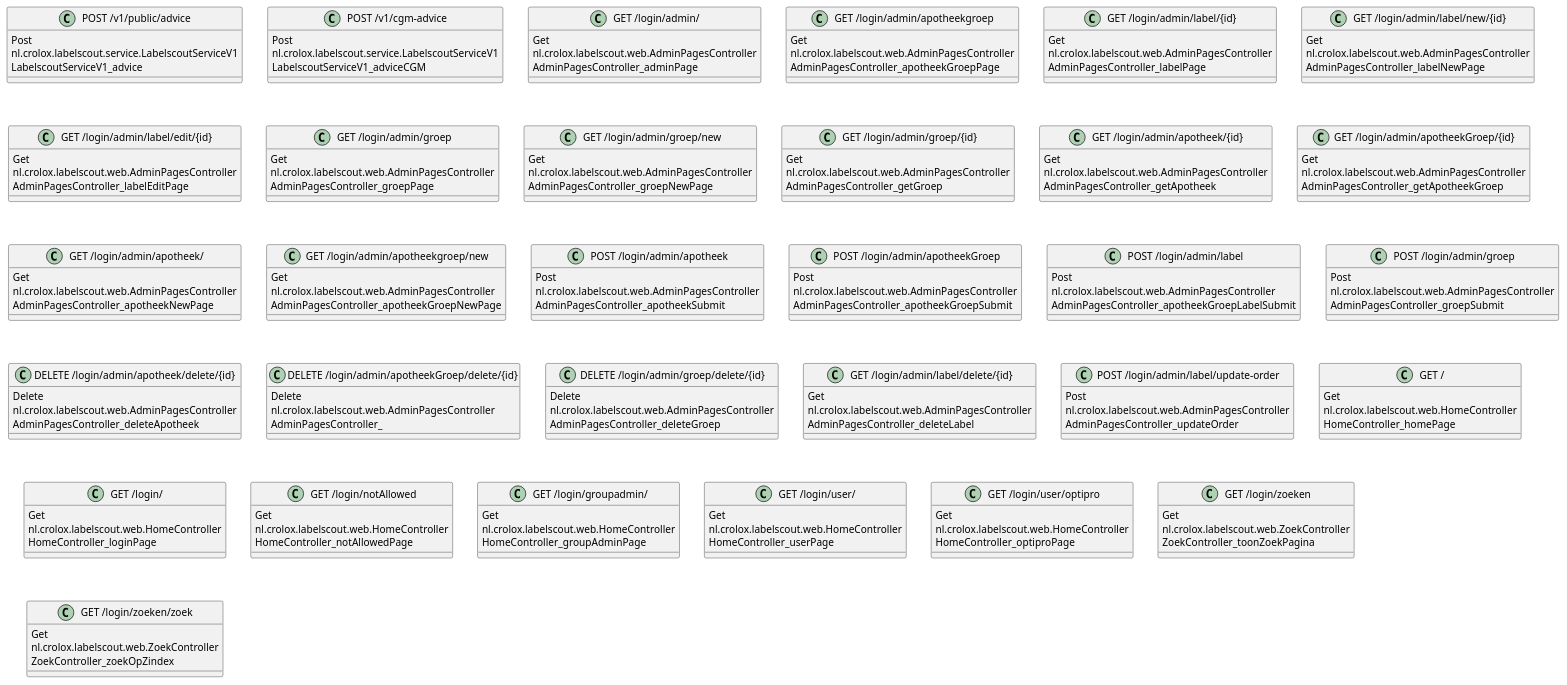
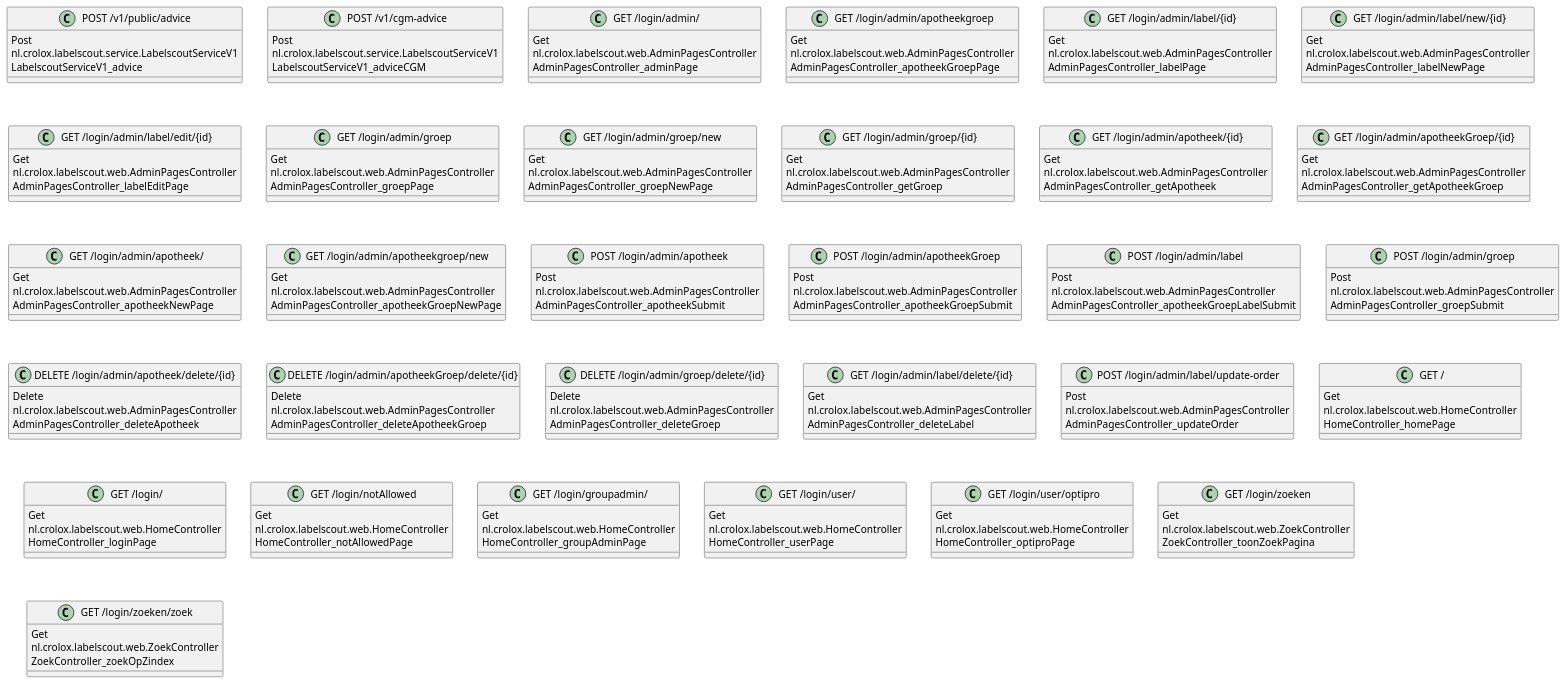
The diagram in docs/octa/OCTA-Labelscout-flow_01.puml (brunasti/java-diagrammer), drawn with PlantUML before and after one commit. The commit also changed 3 other files, not shown here.

```diff
--- a/docs/octa/OCTA-Labelscout-flow_01.puml
+++ b/docs/octa/OCTA-Labelscout-flow_01.puml
@@ -1,199 +1,199 @@
 @startuml
 'https://plantuml.com/class-diagram
 
 ' GENERATE PAGES DIAGRAM ===========
 ' Generator       : it.brunasti.java.diagrammer.spring.web.WebFlowAnalyser
 ' Java Files Path : [/Users/paolobrunasti/IdeaProjects/OCTA/labelscout/src/main/java/]
 ' Configuration   : [./docs/config.json]
-' Generated at    : Wed Jan 14 14:36:03 CET 2026
+' Generated at    : Wed Jan 14 15:42:16 CET 2026
 '
 '   Pages infos    :
 class "POST /v1/public/advice" as LabelscoutServiceV1_advice {
     Post
     nl.crolox.labelscout.service.LabelscoutServiceV1
     LabelscoutServiceV1_advice
 }
 
 class "POST /v1/cgm-advice" as LabelscoutServiceV1_adviceCGM {
     Post
     nl.crolox.labelscout.service.LabelscoutServiceV1
     LabelscoutServiceV1_adviceCGM
 }
 
 class "GET /login/admin/" as AdminPagesController_adminPage {
     Get
     nl.crolox.labelscout.web.AdminPagesController
     AdminPagesController_adminPage
 }
 
 class "GET /login/admin/apotheekgroep" as AdminPagesController_apotheekGroepPage {
     Get
     nl.crolox.labelscout.web.AdminPagesController
     AdminPagesController_apotheekGroepPage
 }
 
 class "GET /login/admin/label/{id}" as AdminPagesController_labelPage {
     Get
     nl.crolox.labelscout.web.AdminPagesController
     AdminPagesController_labelPage
 }
 
 class "GET /login/admin/label/new/{id}" as AdminPagesController_labelNewPage {
     Get
     nl.crolox.labelscout.web.AdminPagesController
     AdminPagesController_labelNewPage
 }
 
 class "GET /login/admin/label/edit/{id}" as AdminPagesController_labelEditPage {
     Get
     nl.crolox.labelscout.web.AdminPagesController
     AdminPagesController_labelEditPage
 }
 
 class "GET /login/admin/groep" as AdminPagesController_groepPage {
     Get
     nl.crolox.labelscout.web.AdminPagesController
     AdminPagesController_groepPage
 }
 
 class "GET /login/admin/groep/new" as AdminPagesController_groepNewPage {
     Get
     nl.crolox.labelscout.web.AdminPagesController
     AdminPagesController_groepNewPage
 }
 
 class "GET /login/admin/groep/{id}" as AdminPagesController_getGroep {
     Get
     nl.crolox.labelscout.web.AdminPagesController
     AdminPagesController_getGroep
 }
 
 class "GET /login/admin/apotheek/{id}" as AdminPagesController_getApotheek {
     Get
     nl.crolox.labelscout.web.AdminPagesController
     AdminPagesController_getApotheek
 }
 
 class "GET /login/admin/apotheekGroep/{id}" as AdminPagesController_getApotheekGroep {
     Get
     nl.crolox.labelscout.web.AdminPagesController
     AdminPagesController_getApotheekGroep
 }
 
 class "GET /login/admin/apotheek/" as AdminPagesController_apotheekNewPage {
     Get
     nl.crolox.labelscout.web.AdminPagesController
     AdminPagesController_apotheekNewPage
 }
 
 class "GET /login/admin/apotheekgroep/new" as AdminPagesController_apotheekGroepNewPage {
     Get
     nl.crolox.labelscout.web.AdminPagesController
     AdminPagesController_apotheekGroepNewPage
 }
 
 class "POST /login/admin/apotheek" as AdminPagesController_apotheekSubmit {
     Post
     nl.crolox.labelscout.web.AdminPagesController
     AdminPagesController_apotheekSubmit
 }
 
 class "POST /login/admin/apotheekGroep" as AdminPagesController_apotheekGroepSubmit {
     Post
     nl.crolox.labelscout.web.AdminPagesController
     AdminPagesController_apotheekGroepSubmit
 }
 
 class "POST /login/admin/label" as AdminPagesController_apotheekGroepLabelSubmit {
     Post
     nl.crolox.labelscout.web.AdminPagesController
     AdminPagesController_apotheekGroepLabelSubmit
 }
 
 class "POST /login/admin/groep" as AdminPagesController_groepSubmit {
     Post
     nl.crolox.labelscout.web.AdminPagesController
     AdminPagesController_groepSubmit
 }
 
 class "DELETE /login/admin/apotheek/delete/{id}" as AdminPagesController_deleteApotheek {
     Delete
     nl.crolox.labelscout.web.AdminPagesController
     AdminPagesController_deleteApotheek
 }
 
-class "DELETE /login/admin/apotheekGroep/delete/{id}" as AdminPagesController_ {
+class "DELETE /login/admin/apotheekGroep/delete/{id}" as AdminPagesController_deleteApotheekGroep {
     Delete
     nl.crolox.labelscout.web.AdminPagesController
-    AdminPagesController_
+    AdminPagesController_deleteApotheekGroep
 }
 
 class "DELETE /login/admin/groep/delete/{id}" as AdminPagesController_deleteGroep {
     Delete
     nl.crolox.labelscout.web.AdminPagesController
     AdminPagesController_deleteGroep
 }
 
 class "GET /login/admin/label/delete/{id}" as AdminPagesController_deleteLabel {
     Get
     nl.crolox.labelscout.web.AdminPagesController
     AdminPagesController_deleteLabel
 }
 
 class "POST /login/admin/label/update-order" as AdminPagesController_updateOrder {
     Post
     nl.crolox.labelscout.web.AdminPagesController
     AdminPagesController_updateOrder
 }
 
 class "GET /" as HomeController_homePage {
     Get
     nl.crolox.labelscout.web.HomeController
     HomeController_homePage
 }
 
 class "GET /login/" as HomeController_loginPage {
     Get
     nl.crolox.labelscout.web.HomeController
     HomeController_loginPage
 }
 
 class "GET /login/notAllowed" as HomeController_notAllowedPage {
     Get
     nl.crolox.labelscout.web.HomeController
     HomeController_notAllowedPage
 }
 
 class "GET /login/groupadmin/" as HomeController_groupAdminPage {
     Get
     nl.crolox.labelscout.web.HomeController
     HomeController_groupAdminPage
 }
 
 class "GET /login/user/" as HomeController_userPage {
     Get
     nl.crolox.labelscout.web.HomeController
     HomeController_userPage
 }
 
 class "GET /login/user/optipro" as HomeController_optiproPage {
     Get
     nl.crolox.labelscout.web.HomeController
     HomeController_optiproPage
 }
 
 class "GET /login/zoeken" as ZoekController_toonZoekPagina {
     Get
     nl.crolox.labelscout.web.ZoekController
     ZoekController_toonZoekPagina
 }
 
 class "GET /login/zoeken/zoek" as ZoekController_zoekOpZindex {
     Get
     nl.crolox.labelscout.web.ZoekController
     ZoekController_zoekOpZindex
 }
 
 
 
 @enduml
```
